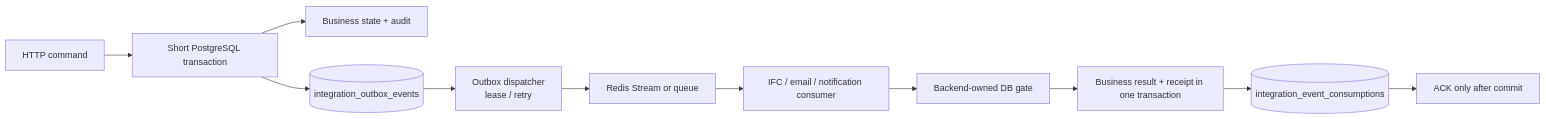
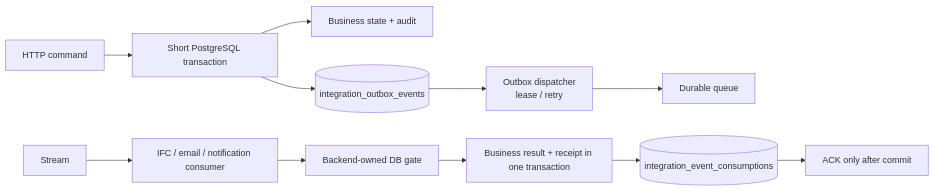
The third of 3 diagrams in docs/backend-architecture.md (Capstone-FA26SE186-Fire3D/BE), drawn with Mermaid before and after one commit. The commit also changed other lines of this file and 21 other files, not shown here.

````diff
--- a/docs/backend-architecture.md
+++ b/docs/backend-architecture.md
@@ -70,13 +70,13 @@
 ```mermaid
 flowchart LR
     Command[HTTP command] --> Tx[Short PostgreSQL transaction]
     Tx --> Aggregate[Business state + audit]
     Tx --> Outbox[(integration_outbox_events)]
     Outbox --> Dispatcher[Outbox dispatcher\nlease / retry]
-    Dispatcher --> Stream[Redis Stream or queue]
+    Dispatcher --> Queue[Durable queue]
     Stream --> Consumer[IFC / email / notification consumer]
     Consumer --> Gate[Backend-owned DB gate]
     Gate --> Effect[Business result + receipt in one transaction]
     Effect --> Receipt[(integration_event_consumptions)]
     Receipt --> Ack[ACK only after commit]
 ```
````
